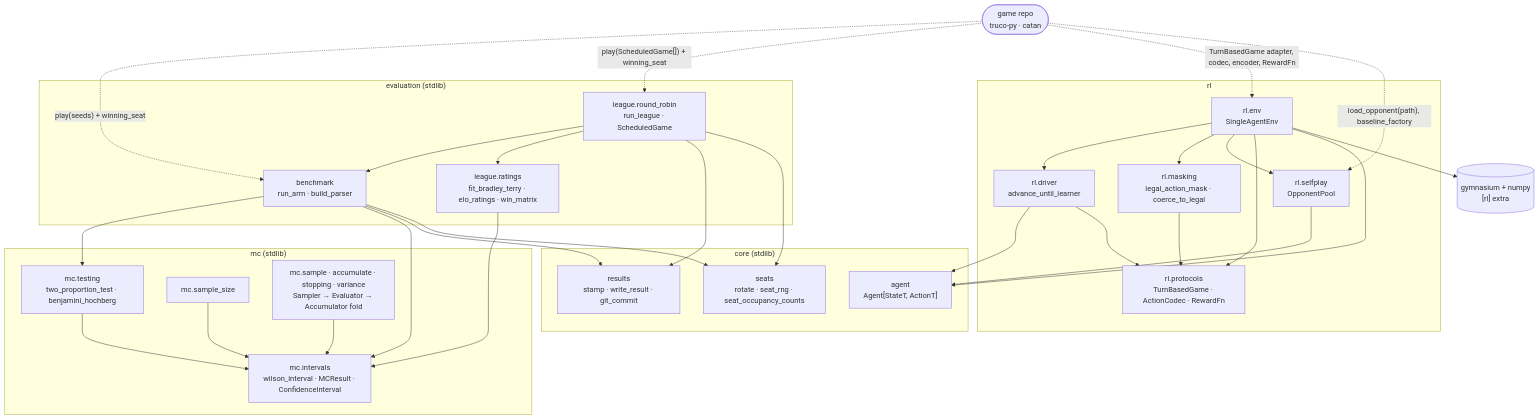
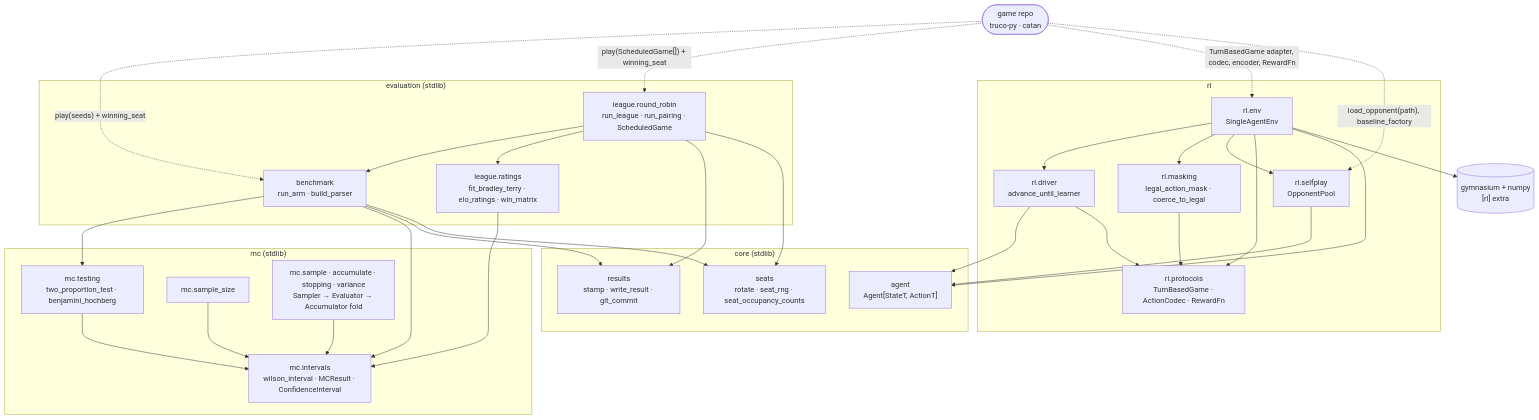
The diagram in README.md (guidodinello/gamekit), drawn with Mermaid before and after one commit. The commit also changed 8 other files, not shown here.

Commit message:
feat(league): public run_pairing and atomic write_result (#47) (#71)

````diff
--- a/README.md
+++ b/README.md
@@ -68,60 +68,60 @@
 ```mermaid
 flowchart TB
     subgraph CORE["core (stdlib)"]
         agent["agent<br/>Agent[StateT, ActionT]"]
         seats["seats<br/>rotate · seat_rng · seat_occupancy_counts"]
         results["results<br/>stamp · write_result · git_commit"]
     end
 
     subgraph MC["mc (stdlib)"]
         intervals["mc.intervals<br/>wilson_interval · MCResult · ConfidenceInterval"]
         testing["mc.testing<br/>two_proportion_test · benjamini_hochberg"]
         sizes["mc.sample_size"]
         fold["mc.sample · accumulate · stopping · variance<br/>Sampler → Evaluator → Accumulator fold"]
     end
 
     subgraph EVAL["evaluation (stdlib)"]
         benchmark["benchmark<br/>run_arm · build_parser"]
-        roundrobin["league.round_robin<br/>run_league · ScheduledGame"]
+        roundrobin["league.round_robin<br/>run_league · run_pairing · ScheduledGame"]
         ratings["league.ratings<br/>fit_bradley_terry · elo_ratings · win_matrix"]
     end
 
     subgraph RL["rl"]
         protocols["rl.protocols<br/>TurnBasedGame · ActionCodec · RewardFn"]
         driver["rl.driver<br/>advance_until_learner"]
         masking["rl.masking<br/>legal_action_mask · coerce_to_legal"]
         selfplay["rl.selfplay<br/>OpponentPool"]
         env["rl.env<br/>SingleAgentEnv"]
     end
 
     gym[("gymnasium + numpy<br/>[rl] extra")]
     game(["game repo<br/>truco-py · catan"])
 
     testing --> intervals
     sizes --> intervals
     fold --> intervals
     benchmark --> testing
     benchmark --> intervals
     benchmark --> results
     benchmark --> seats
     roundrobin --> benchmark
     roundrobin --> ratings
     roundrobin --> results
     roundrobin --> seats
     ratings --> intervals
     driver --> agent
     driver --> protocols
     masking --> protocols
     selfplay --> agent
     env --> driver
     env --> masking
     env --> selfplay
     env --> protocols
     env --> agent
     env --> gym
 
     game -. "play(seeds) + winning_seat" .-> benchmark
     game -. "play(ScheduledGame[]) + winning_seat" .-> roundrobin
     game -. "TurnBasedGame adapter, codec, encoder, RewardFn" .-> env
     game -. "load_opponent(path), baseline_factory" .-> selfplay
 ```
````
